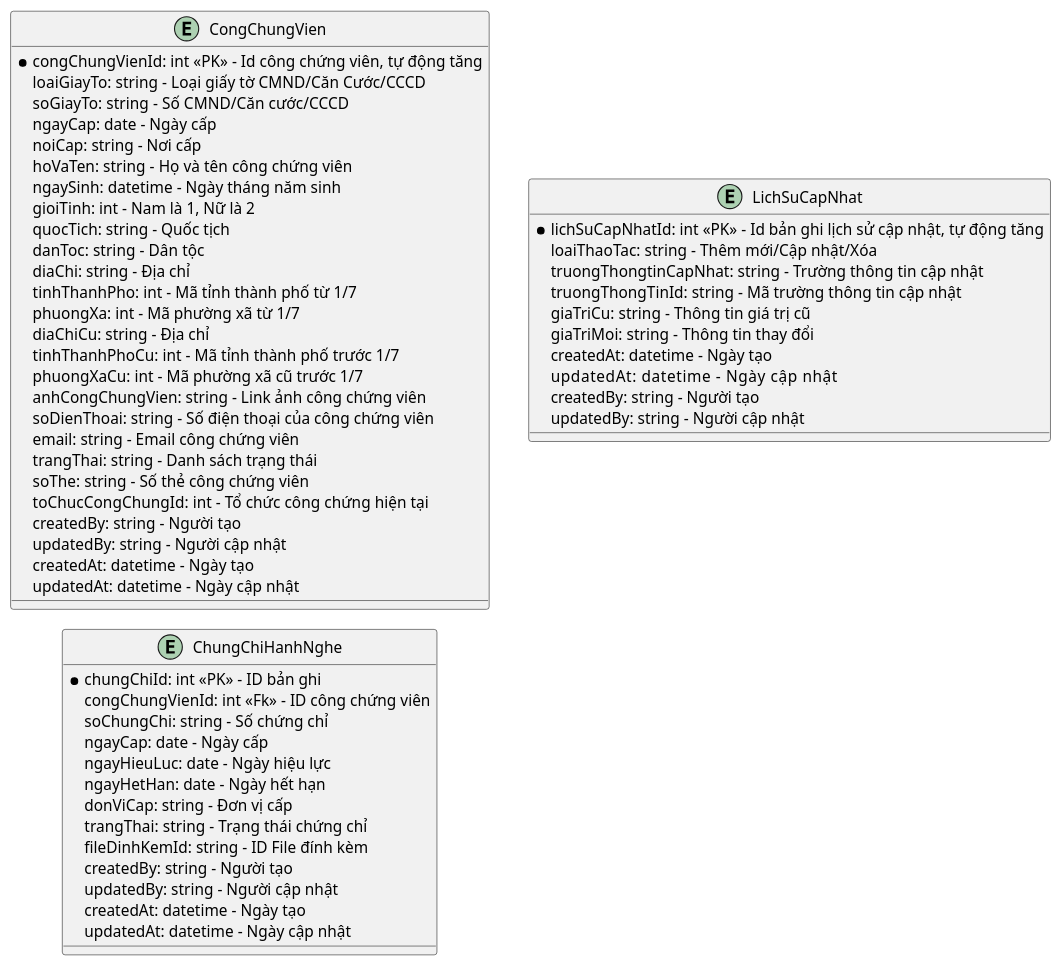
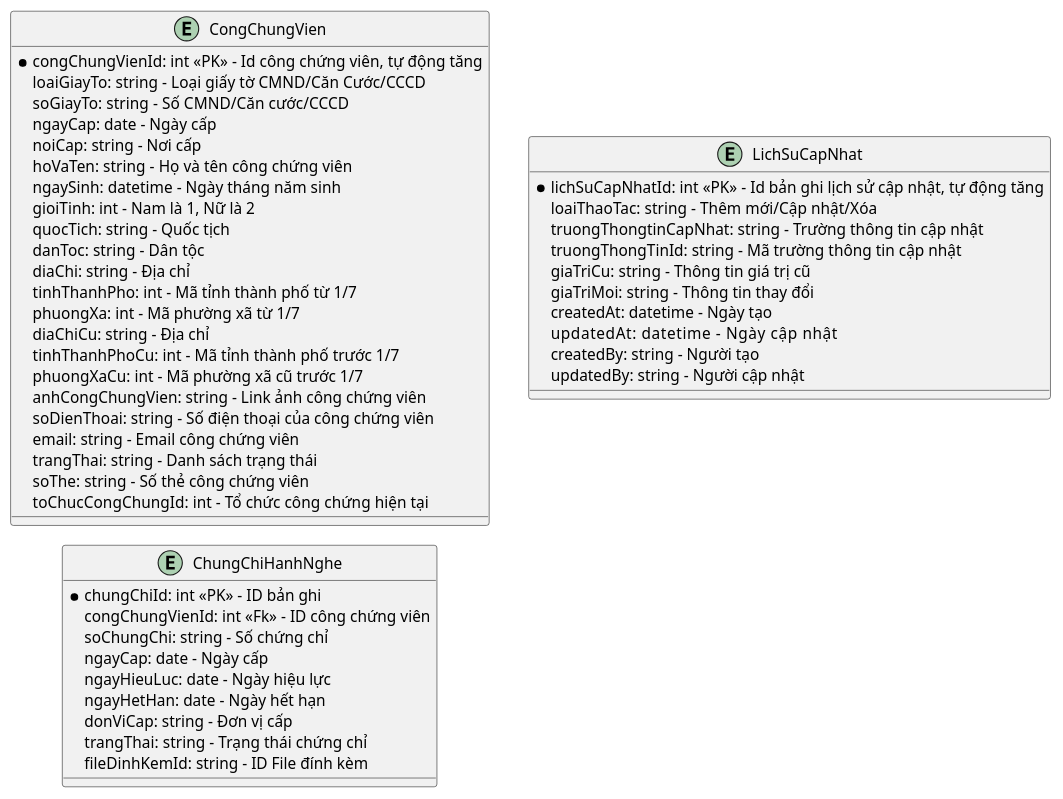
The diagram in ba/[NDS-E-00046] Quản lý thông tin công chứng viên/3.ldm.puml (phuongpm23/nds-docs-test), drawn with PlantUML before and after one commit. The commit also changed 1 other file, not shown here.

```diff
--- a/ba/[NDS-E-00046] Quản lý thông tin công chứng viên/3.ldm.puml
+++ b/ba/[NDS-E-00046] Quản lý thông tin công chứng viên/3.ldm.puml
@@ -1,68 +1,59 @@
 @startuml ldm
 !pragma layout smetana
 left to right direction
 
 entity CongChungVien
 entity ChungChiHanhNghe
 entity LichSuCapNhat
 
 entity CongChungVien {
   *congChungVienId: int <<PK>> - Id công chứng viên, tự động tăng
   loaiGiayTo: string - Loại giấy tờ CMND/Căn Cước/CCCD
   soGiayTo: string - Số CMND/Căn cước/CCCD 
   ngayCap: date - Ngày cấp
   noiCap: string - Nơi cấp
   hoVaTen: string - Họ và tên công chứng viên
   ngaySinh: datetime - Ngày tháng năm sinh
   gioiTinh: int - Nam là 1, Nữ là 2
   quocTich: string - Quốc tịch
   danToc: string - Dân tộc
   diaChi: string - Địa chỉ
   tinhThanhPho: int - Mã tỉnh thành phố từ 1/7
   phuongXa: int - Mã phường xã từ 1/7
   diaChiCu: string - Địa chỉ
   tinhThanhPhoCu: int - Mã tỉnh thành phố trước 1/7
   phuongXaCu: int - Mã phường xã cũ trước 1/7
   anhCongChungVien: string - Link ảnh công chứng viên
   soDienThoai: string - Số điện thoại của công chứng viên
   email: string - Email công chứng viên
   trangThai: string - Danh sách trạng thái
   soThe: string - Số thẻ công chứng viên
   toChucCongChungId: int - Tổ chức công chứng hiện tại
-  createdBy: string - Người tạo
-  updatedBy: string - Người cập nhật
-  createdAt: datetime - Ngày tạo
-  updatedAt: datetime - Ngày cập nhật
-  
 }
 
 entity ChungChiHanhNghe {
   *chungChiId: int <<PK>> - ID bản ghi
   congChungVienId: int <<Fk>> - ID công chứng viên
   soChungChi: string - Số chứng chỉ
   ngayCap: date - Ngày cấp
   ngayHieuLuc: date - Ngày hiệu lực
   ngayHetHan: date - Ngày hết hạn
   donViCap: string - Đơn vị cấp
   trangThai: string - Trạng thái chứng chỉ
   fileDinhKemId: string - ID File đính kèm
-  createdBy: string - Người tạo
-  updatedBy: string - Người cập nhật
-  createdAt: datetime - Ngày tạo
-  updatedAt: datetime - Ngày cập nhật
 }
 
 entity LichSuCapNhat {
   *lichSuCapNhatId: int <<PK>> - Id bản ghi lịch sử cập nhật, tự động tăng
   loaiThaoTac: string - Thêm mới/Cập nhật/Xóa
   truongThongtinCapNhat: string - Trường thông tin cập nhật
   truongThongTinId: string - Mã trường thông tin cập nhật
   giaTriCu: string - Thông tin giá trị cũ
   giaTriMoi: string - Thông tin thay đổi
   createdAt: datetime - Ngày tạo
   updatedAt: datetime      - Ngày cập nhật
   createdBy: string - Người tạo
   updatedBy: string - Người cập nhật
 }
 
 @enduml
```
